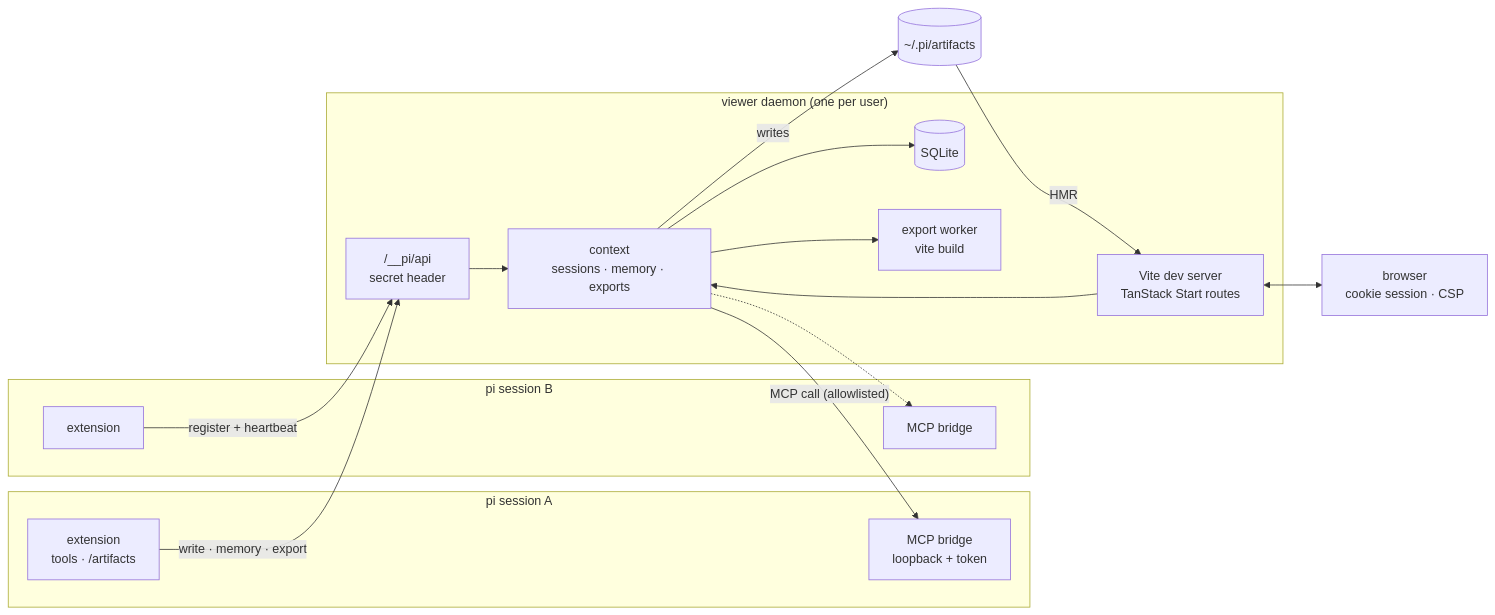
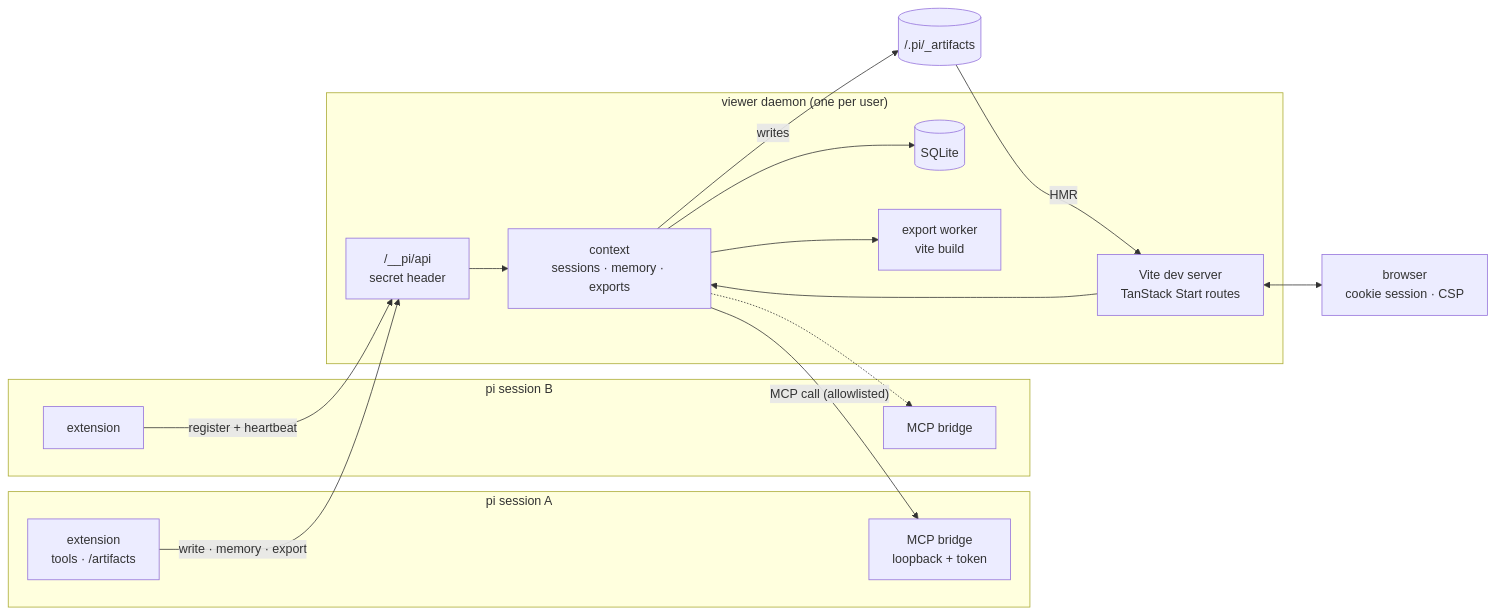
One commit to tesso57/artifact changed the first of 2 diagrams in README.md. Above: the diagram before and after it, drawn with Mermaid. The commit also changed other lines of this file and 18 other files, not shown here.

Commit message:
Scope artifacts and viewer state to each project

````diff
--- a/README.md
+++ b/README.md
@@ -167,34 +178,34 @@
 ```mermaid
 flowchart LR
   subgraph piA["pi session A"]
     extA["extension<br/>tools · /artifacts"]
     bridgeA["MCP bridge<br/>loopback + token"]
   end
   subgraph piB["pi session B"]
     extB["extension"]
     bridgeB["MCP bridge"]
   end
 
   subgraph daemon["viewer daemon (one per user)"]
     vite["Vite dev server<br/>TanStack Start routes"]
     api["/__pi/api<br/>secret header"]
     ctx["context<br/>sessions · memory · exports"]
     sqlite[("SQLite")]
     worker["export worker<br/>vite build"]
     api --> ctx
     vite --> ctx
     ctx --> sqlite
     ctx --> worker
   end
 
-  files[("~/.pi/artifacts")]
+  files[("<project>/.pi/_artifacts")]
   browser["browser<br/>cookie session · CSP"]
 
   extA -- "write · memory · export" --> api
   extB -- "register + heartbeat" --> api
   ctx -- "MCP call (allowlisted)" --> bridgeA
   ctx -.-> bridgeB
   ctx -- "writes" --> files
   files -- "HMR" --> vite
   vite <--> browser
 ```
````
